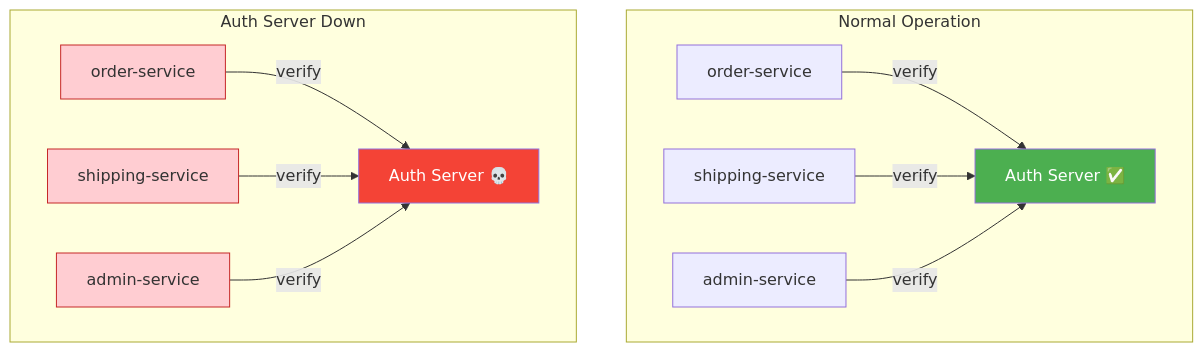
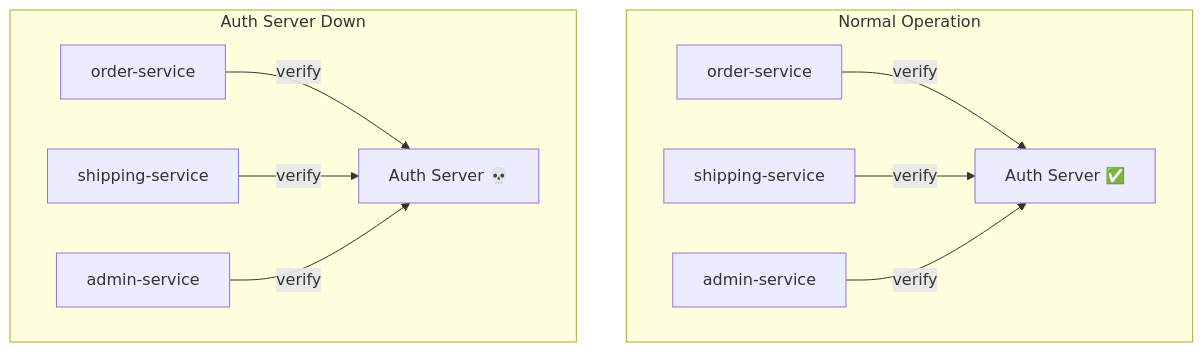
The seventh of 7 diagrams in docs/docs/learn/the-problem.md (cyfko/veridot), drawn with Mermaid before and after one commit. The commit also changed other lines of this file and 25 other files, not shown here.

First line of the commit message:
style: remove colorful fill styles from Mermaid diagrams

````diff
--- a/docs/docs/learn/the-problem.md
+++ b/docs/docs/learn/the-problem.md
@@ -200,22 +193,17 @@
 ```mermaid
 graph TB
     subgraph "Normal Operation"
         direction LR
         OS1["order-service"] -->|"verify"| IdP1["Auth Server ✅"]
         SS1["shipping-service"] -->|"verify"| IdP1
         AS1["admin-service"] -->|"verify"| IdP1
     end
 
     subgraph "Auth Server Down"
         direction LR
         OS2["order-service"] -->|"verify"| IdP2["Auth Server 💀"]
         SS2["shipping-service"] -->|"verify"| IdP2
         AS2["admin-service"] -->|"verify"| IdP2
     end
 
-    style IdP1 fill:#4caf50,color:#fff
-    style IdP2 fill:#f44336,color:#fff
-    style OS2 fill:#ffcdd2,stroke:#c62828
-    style SS2 fill:#ffcdd2,stroke:#c62828
-    style AS2 fill:#ffcdd2,stroke:#c62828
 ```
````
